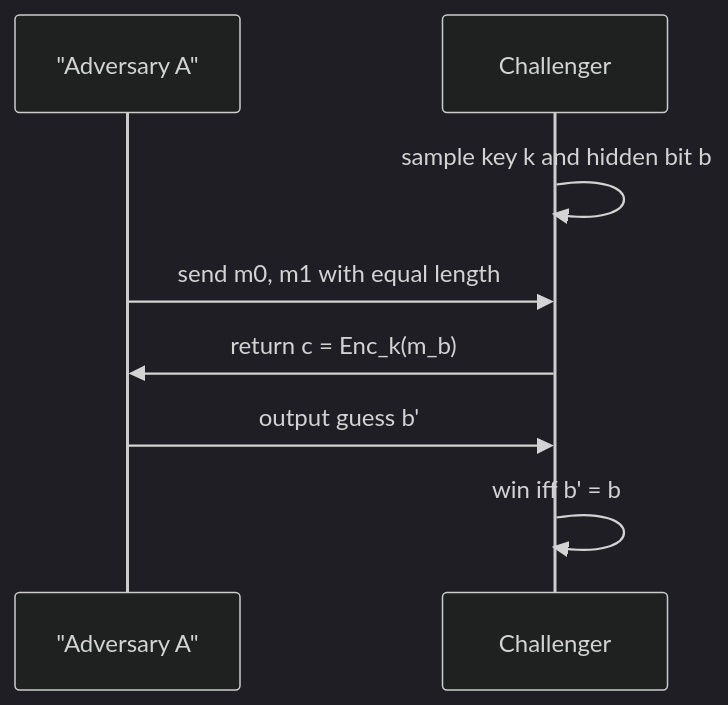
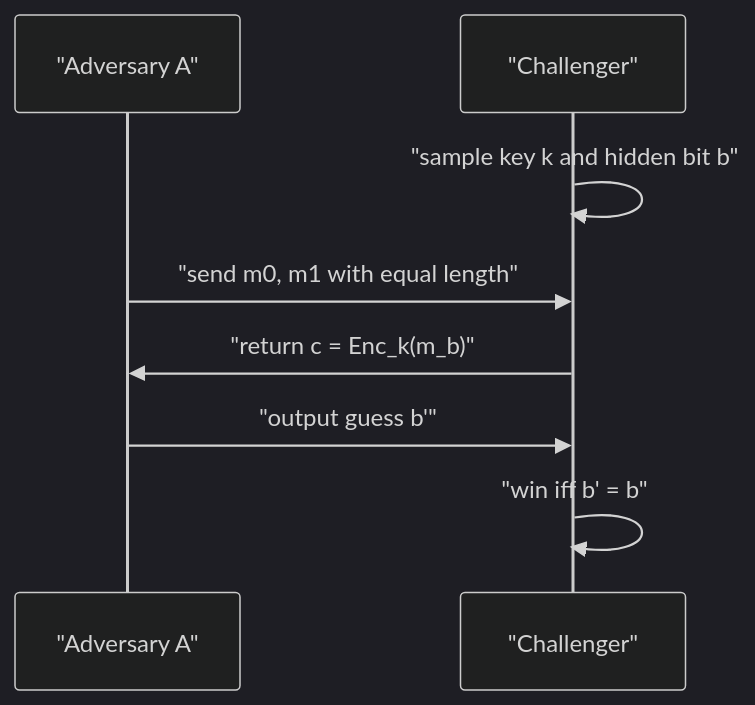
Before and after one commit to justinbrianhwang/SJ-wiki: the diagram in docs/cs/cryptography/computational-security-definitions.md, drawn with Mermaid (dark theme). The commit also changed other lines of this file and 955 other files, not shown here.

````diff
--- a/docs/cs/cryptography/computational-security-definitions.md
+++ b/docs/cs/cryptography/computational-security-definitions.md
@@ -79,10 +46,10 @@
 ```mermaid
 sequenceDiagram
   participant A as "Adversary A"
-  participant C as Challenger
-  C->>C: sample key k and hidden bit b
-  A->>C: send m0, m1 with equal length
-  C->>A: return c = Enc_k(m_b)
-  A->>C: output guess b'
-  C->>C: win iff b' = b
+  participant C as "Challenger"
+  C->>C: "sample key k and hidden bit b"
+  A->>C: "send m0, m1 with equal length"
+  C->>A: "return c = Enc_k(m_b)"
+  A->>C: "output guess b'"
+  C->>C: "win iff b' = b"
 ```
````
